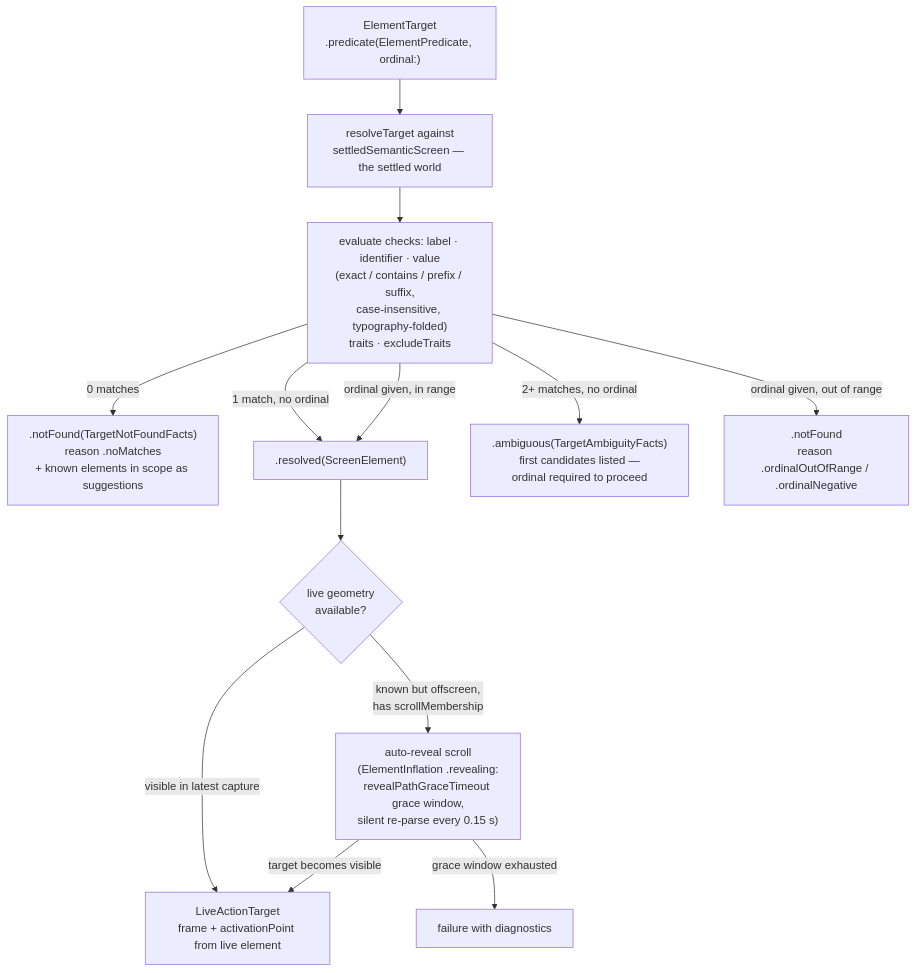
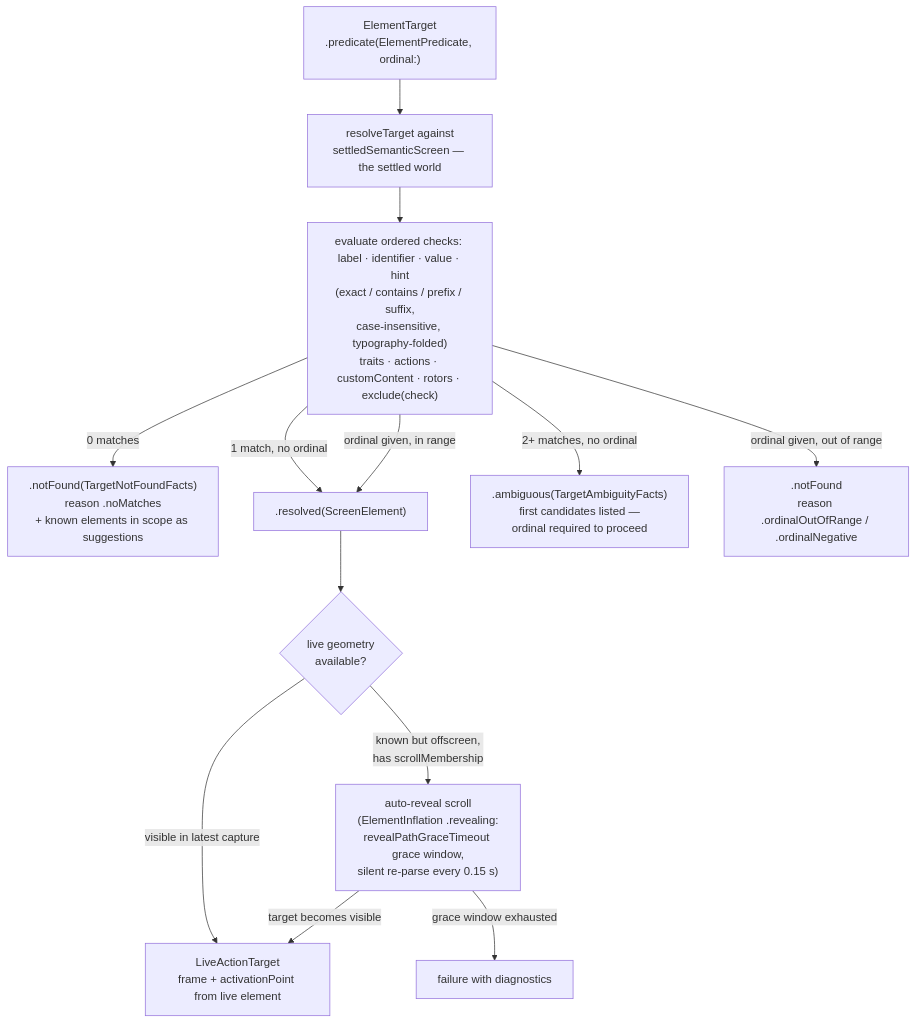
One commit to RoyalPineapple/TheButtonHeist changed the diagram in docs/diagrams/element-inflation.md. Above: the diagram before and after it, drawn with Mermaid. The commit also changed 49 other files, not shown here.

````diff
--- a/docs/diagrams/element-inflation.md
+++ b/docs/diagrams/element-inflation.md
@@ -8,17 +8,17 @@
 ```mermaid
 flowchart TD
     TARGET["ElementTarget<br/>.predicate(ElementPredicate, ordinal:)"] --> SCOPE["resolveTarget against<br/>settledSemanticScreen — the settled world"]
-    SCOPE --> MATCH["evaluate checks: label · identifier · value<br/>(exact / contains / prefix / suffix,<br/>case-insensitive, typography-folded)<br/>traits · excludeTraits"]
+    SCOPE --> MATCH["evaluate ordered checks: label · identifier · value · hint<br/>(exact / contains / prefix / suffix,<br/>case-insensitive, typography-folded)<br/>traits · actions · customContent · rotors · exclude(check)"]
 
     MATCH -- "0 matches" --> NOTFOUND[".notFound(TargetNotFoundFacts)<br/>reason .noMatches<br/>+ known elements in scope as suggestions"]
     MATCH -- "1 match, no ordinal" --> RESOLVED[".resolved(ScreenElement)"]
     MATCH -- "2+ matches, no ordinal" --> AMBIG[".ambiguous(TargetAmbiguityFacts)<br/>first candidates listed —<br/>ordinal required to proceed"]
     MATCH -- "ordinal given, in range" --> RESOLVED
     MATCH -- "ordinal given, out of range" --> NOTFOUND2[".notFound<br/>reason .ordinalOutOfRange / .ordinalNegative"]
 
     RESOLVED --> LIVE{"live geometry<br/>available?"}
     LIVE -- "visible in latest capture" --> ACT["LiveActionTarget<br/>frame + activationPoint from live element"]
     LIVE -- "known but offscreen,<br/>has scrollMembership" --> REVEAL["auto-reveal scroll<br/>(ElementInflation .revealing:<br/>revealPathGraceTimeout grace window,<br/>silent re-parse every 0.15 s)"]
     REVEAL -- "target becomes visible" --> ACT
     REVEAL -- "grace window exhausted" --> MISS["failure with diagnostics"]
 ```
````
